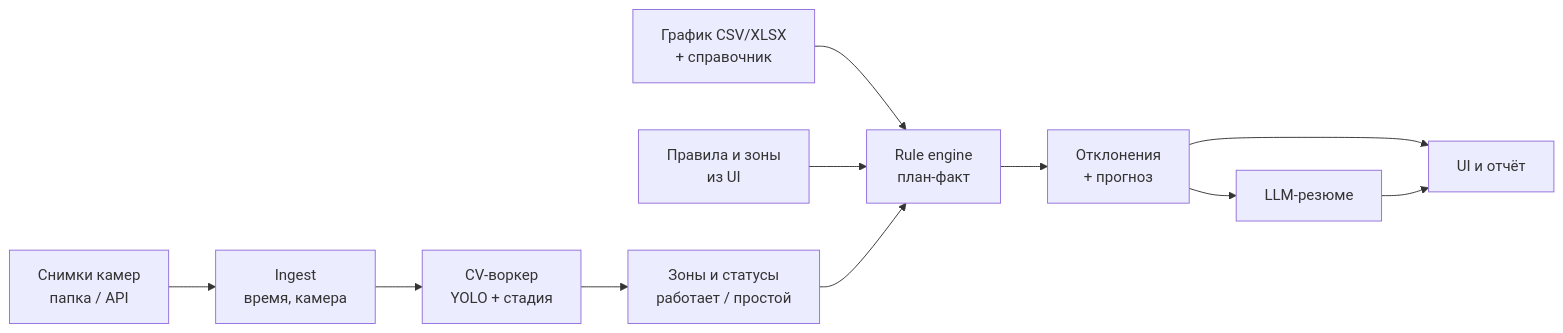
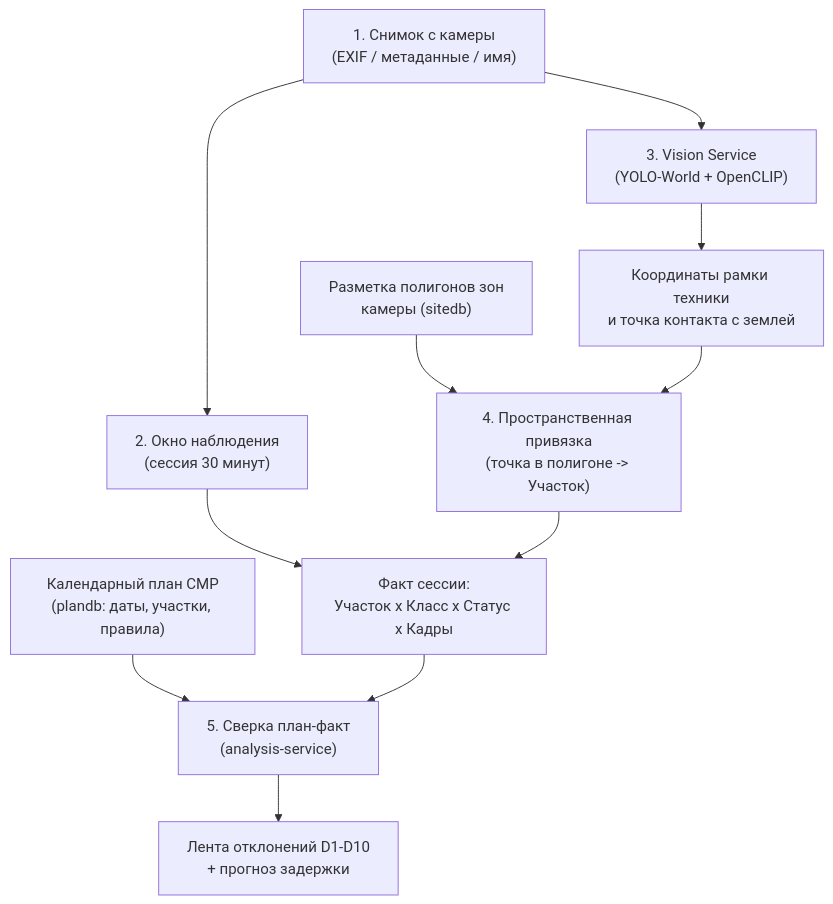
The first of 2 diagrams in docs/ТЗ Мониторинг строительной площадки по снимкам камер (ЛЦТ 2026, кейс 07).md (cerXXXX/ConstructionSupervision), drawn with Mermaid before and after one commit. The commit also changed other lines of this file and 4 other files, not shown here.

````diff
--- a/docs/ТЗ Мониторинг строительной площадки по снимкам камер (ЛЦТ 2026, кейс 07).md
+++ b/docs/ТЗ Мониторинг строительной площадки по снимкам камер (ЛЦТ 2026, кейс 07).md
@@ -153,13 +122,13 @@
 ```mermaid
-flowchart LR
-  A[Снимки камер<br/>папка / API] --> B[Ingest<br/>время, камера]
-  B --> C[CV-воркер<br/>YOLO + стадия]
-  C --> D[Зоны и статусы<br/>работает / простой]
-  G[График CSV/XLSX<br/>+ справочник] --> E
-  R[Правила и зоны<br/>из UI] --> E
-  D --> E[Rule engine<br/>план-факт]
-  E --> F[Отклонения<br/>+ прогноз]
-  F --> L[LLM-резюме]
-  F --> U[UI и отчёт]
-  L --> U
+flowchart TD
+    IMG["1. Снимок с камеры<br/>(EXIF / метаданные / имя)"] --> TIME["2. Окно наблюдения<br/>(сессия 30 минут)"]
+    IMG --> DET["3. Vision Service<br/>(YOLO-World + OpenCLIP)"]
+    DET --> BBOX["Координаты рамки техники<br/>и точка контакта с землей"]
+    POLY["Разметка полигонов зон<br/>камеры (sitedb)"] --> ZONE["4. Пространственная привязка<br/>(точка в полигоне -> Участок)"]
+    BBOX --> ZONE
+    TIME --> SESS_FACT["Факт сессии:<br/>Участок x Класс x Статус x Кадры"]
+    ZONE --> SESS_FACT
+    SCHED["Календарный план СМР<br/>(plandb: даты, участки, правила)"] --> CMP["5. Сверка план-факт<br/>(analysis-service)"]
+    SESS_FACT --> CMP
+    CMP --> DEV["Лента отклонений D1-D10<br/>+ прогноз задержки"]
 ```
````
